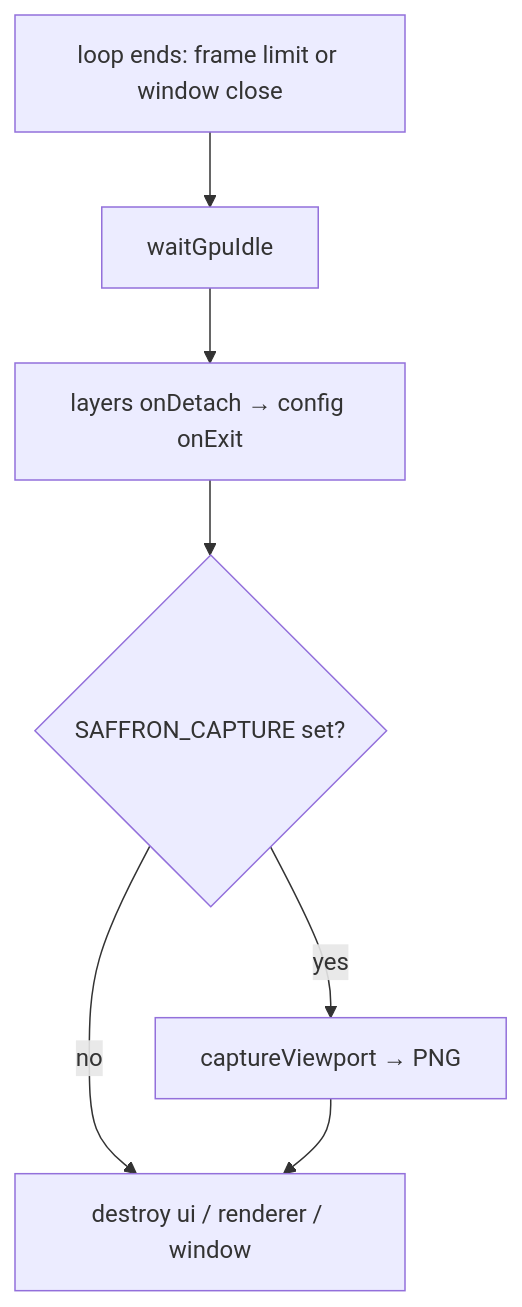
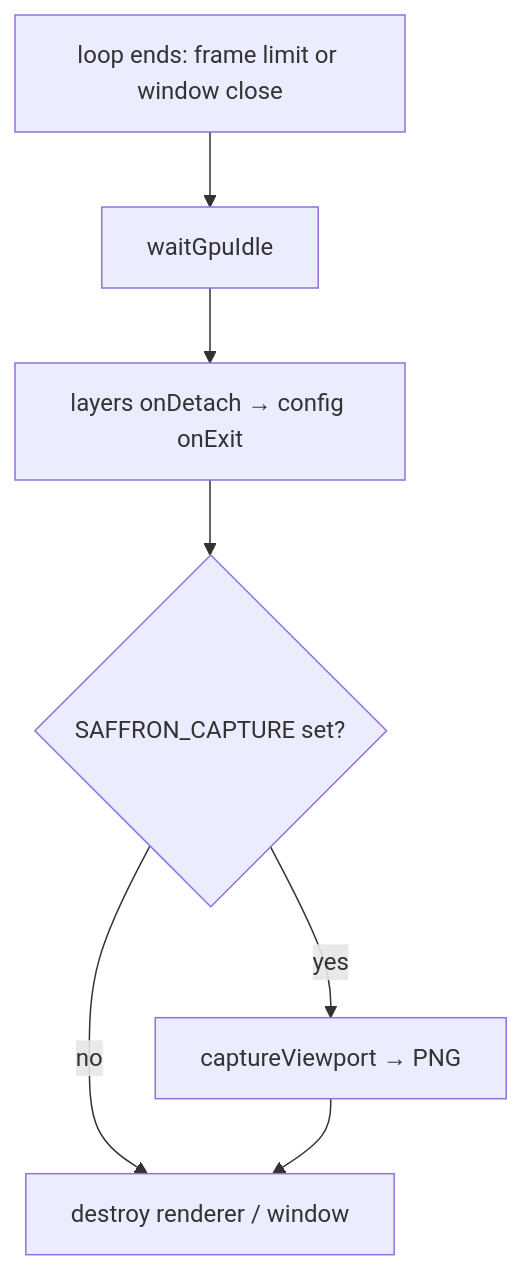
The diagram in docs/content/explanations/app-lifecycle-and-window/headless-and-capture.md (saffronjam/saffron-engine), drawn with Mermaid before and after one commit. The commit also changed other lines of this file and 13 other files, not shown here.

First line of the commit message:
docs: replace ImGui with the present-blit path in the loop and graph

````diff
--- a/docs/content/explanations/app-lifecycle-and-window/headless-and-capture.md
+++ b/docs/content/explanations/app-lifecycle-and-window/headless-and-capture.md
@@ -63,9 +63,9 @@
 ```mermaid
 flowchart TD
     L[loop ends: frame limit or window close] --> WI[waitGpuIdle]
     WI --> D[layers onDetach → config onExit]
     D --> C{SAFFRON_CAPTURE set?}
     C -- yes --> CV[captureViewport → PNG]
-    C -- no --> T[destroy ui / renderer / window]
+    C -- no --> T[destroy renderer / window]
     CV --> T
 ```
````
